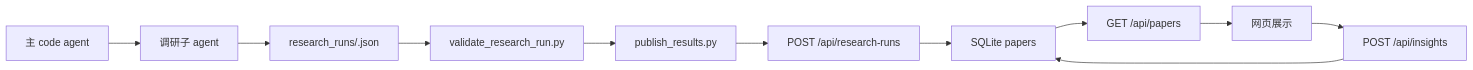
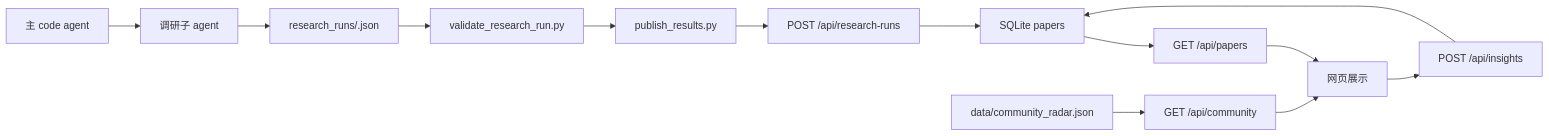
One commit to 1152024415-crypto/edge-agent-deepsearch changed the diagram in ARCHITECTURE.md. Above: the diagram before and after it, drawn with Mermaid. The commit also changed other lines of this file and 11 other files, not shown here.

Commit message:
feat: enforce community radar boundaries

````diff
--- a/ARCHITECTURE.md
+++ b/ARCHITECTURE.md
@@ -29,13 +30,15 @@
 ```mermaid
 flowchart LR
   A["主 code agent"] --> B["调研子 agent"]
   B --> C["research_runs/<run_id>.json"]
   C --> D["validate_research_run.py"]
   D --> E["publish_results.py"]
   E --> F["POST /api/research-runs"]
   F --> G["SQLite papers"]
   G --> H["GET /api/papers"]
   H --> I["网页展示"]
+  K["data/community_radar.json"] --> L["GET /api/community"]
+  L --> I
   I --> J["POST /api/insights"]
   J --> G
 ```
````
